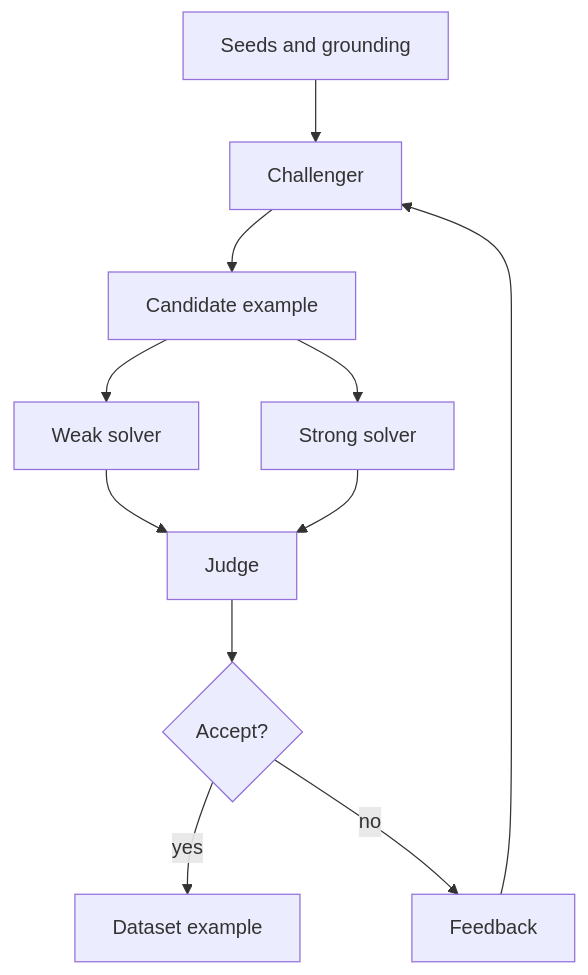
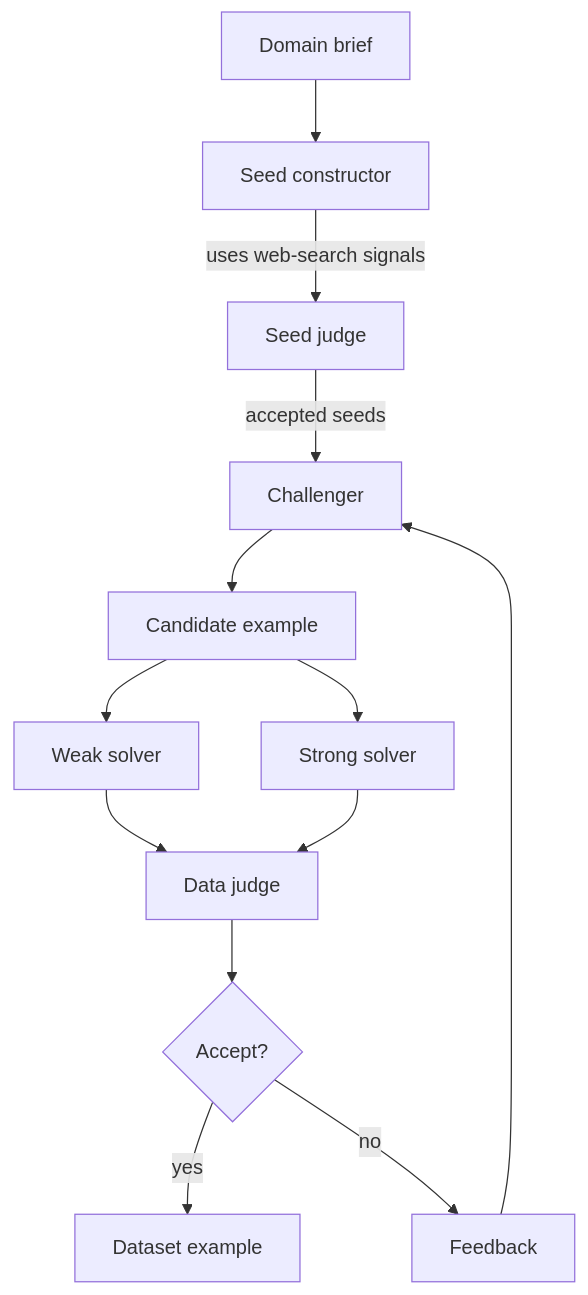
The first of 2 diagrams in README.md (Atharva-Kanherkar/datasmith), drawn with Mermaid before and after one commit. The commit also changed other lines of this file and 14 other files, not shown here.

First line of the commit message:
feat: add web-grounded seed constructor

````diff
--- a/README.md
+++ b/README.md
@@ -21,13 +24,15 @@
 ```mermaid
 flowchart TD
-    A[Seeds and grounding] --> B[Challenger]
-    B --> C[Candidate example]
-    C --> D[Weak solver]
-    C --> E[Strong solver]
-    D --> F[Judge]
-    E --> F
-    F --> G{Accept?}
-    G -- yes --> H[Dataset example]
-    G -- no --> I[Feedback]
-    I --> B
+    A[Domain brief] --> B[Seed constructor]
+    B -->|uses web-search signals| C[Seed judge]
+    C -->|accepted seeds| D[Challenger]
+    D --> E[Candidate example]
+    E --> F[Weak solver]
+    E --> G[Strong solver]
+    F --> H[Data judge]
+    G --> H
+    H --> I{Accept?}
+    I -- yes --> J[Dataset example]
+    I -- no --> K[Feedback]
+    K --> D
 ```
````
